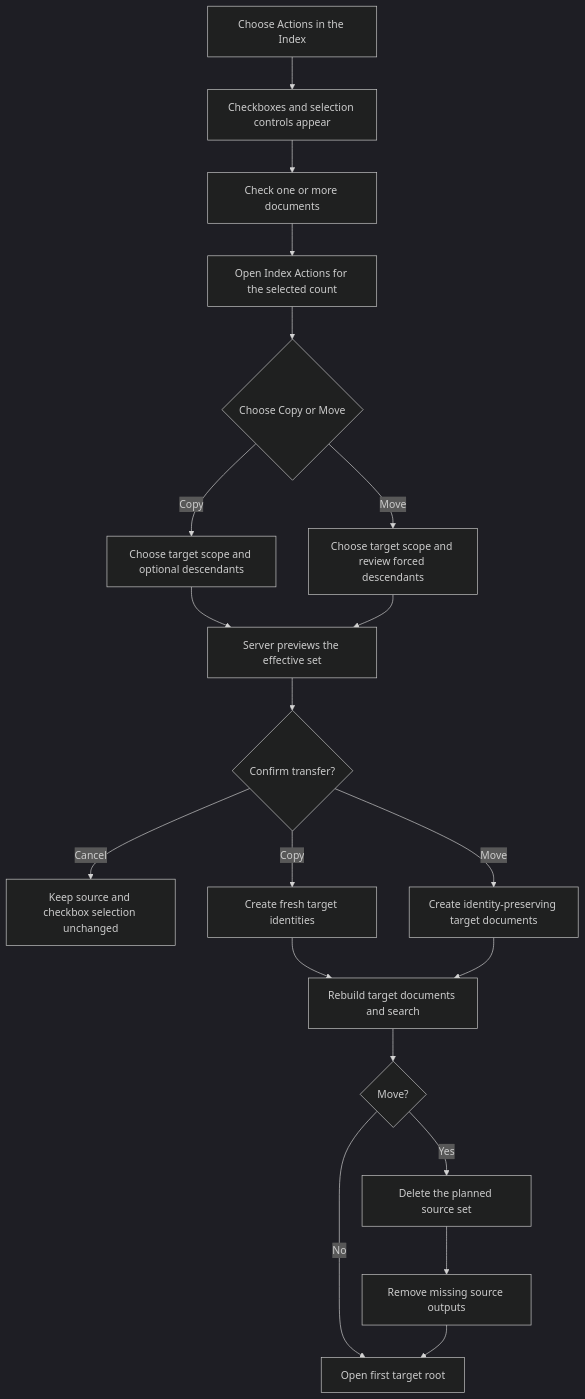
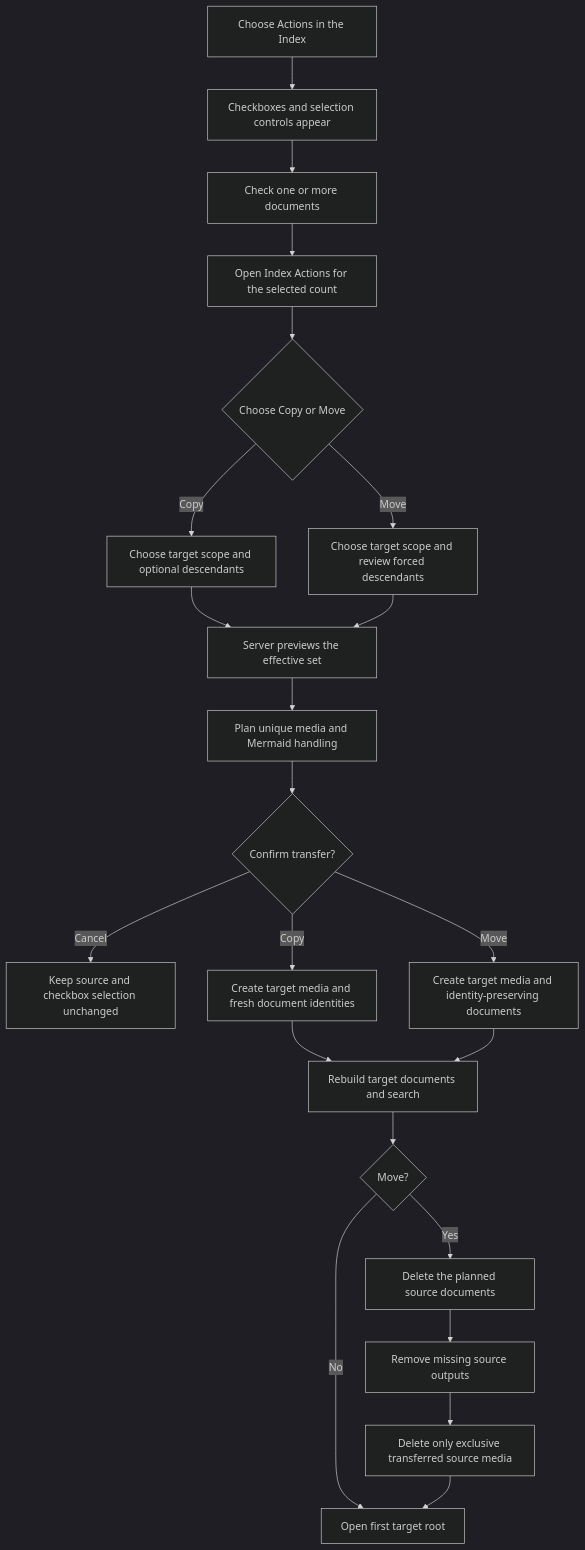
One commit to dotlineform/dotlineform-site changed the diagram in docs-viewer/scopes/studio/source/documents/d-20260723-223400-c7a1e4.md. Above: the diagram before and after it, drawn with Mermaid (dark theme). The commit also changed other lines of this file and 17 other files, not shown here.

````diff
--- a/docs-viewer/scopes/studio/source/documents/d-20260723-223400-c7a1e4.md
+++ b/docs-viewer/scopes/studio/source/documents/d-20260723-223400-c7a1e4.md
@@ -164,24 +202,26 @@
 ```mermaid
 flowchart TD
   accTitle: Copy or move checked documents between scopes
   accDescr: Index Actions first reveals checkbox selection, then Copy optionally expands checked documents to descendants while Move always expands parents to full subtrees.
   indexActions[Choose Actions in the Index] --> selectionMode[Checkboxes and selection controls appear]
   selectionMode --> checked[Check one or more documents]
   checked --> openMenu[Open Index Actions for the selected count]
   openMenu --> action{Choose Copy or Move}
   action -->|Copy| copyChoice[Choose target scope and optional descendants]
   action -->|Move| moveImpact[Choose target scope and review forced descendants]
   copyChoice --> preview[Server previews the effective set]
   moveImpact --> preview
-  preview --> confirm{Confirm transfer?}
+  preview --> mediaPlan[Plan unique media and Mermaid handling]
+  mediaPlan --> confirm{Confirm transfer?}
   confirm -->|Cancel| retained[Keep source and checkbox selection unchanged]
-  confirm -->|Copy| copyApply[Create fresh target identities]
-  confirm -->|Move| moveTarget[Create identity-preserving target documents]
+  confirm -->|Copy| copyApply[Create target media and fresh document identities]
+  confirm -->|Move| moveTarget[Create target media and identity-preserving documents]
   copyApply --> targetRebuild[Rebuild target documents and search]
   moveTarget --> targetRebuild
   targetRebuild --> moveMode{Move?}
   moveMode -->|No| openTarget[Open first target root]
-  moveMode -->|Yes| deleteSource[Delete the planned source set]
+  moveMode -->|Yes| deleteSource[Delete the planned source documents]
   deleteSource --> sourceRebuild[Remove missing source outputs]
-  sourceRebuild --> openTarget
+  sourceRebuild --> mediaCleanup[Delete only exclusive transferred source media]
+  mediaCleanup --> openTarget
 ```
````
